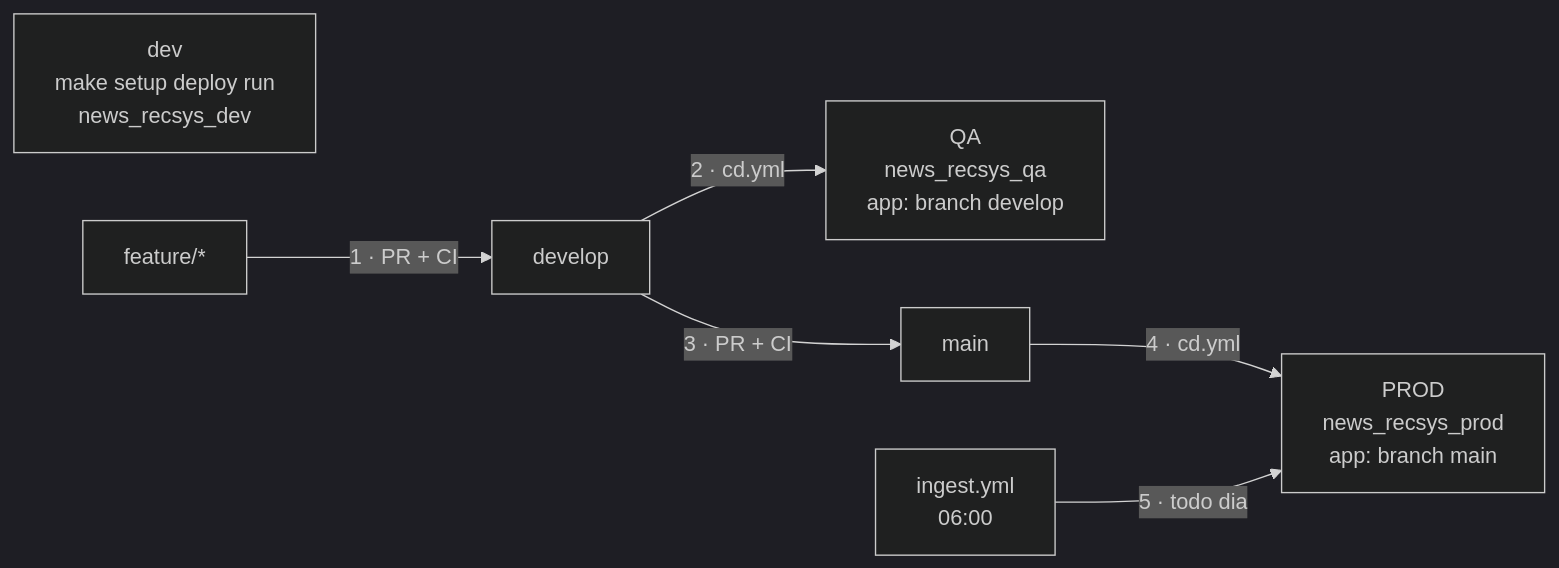
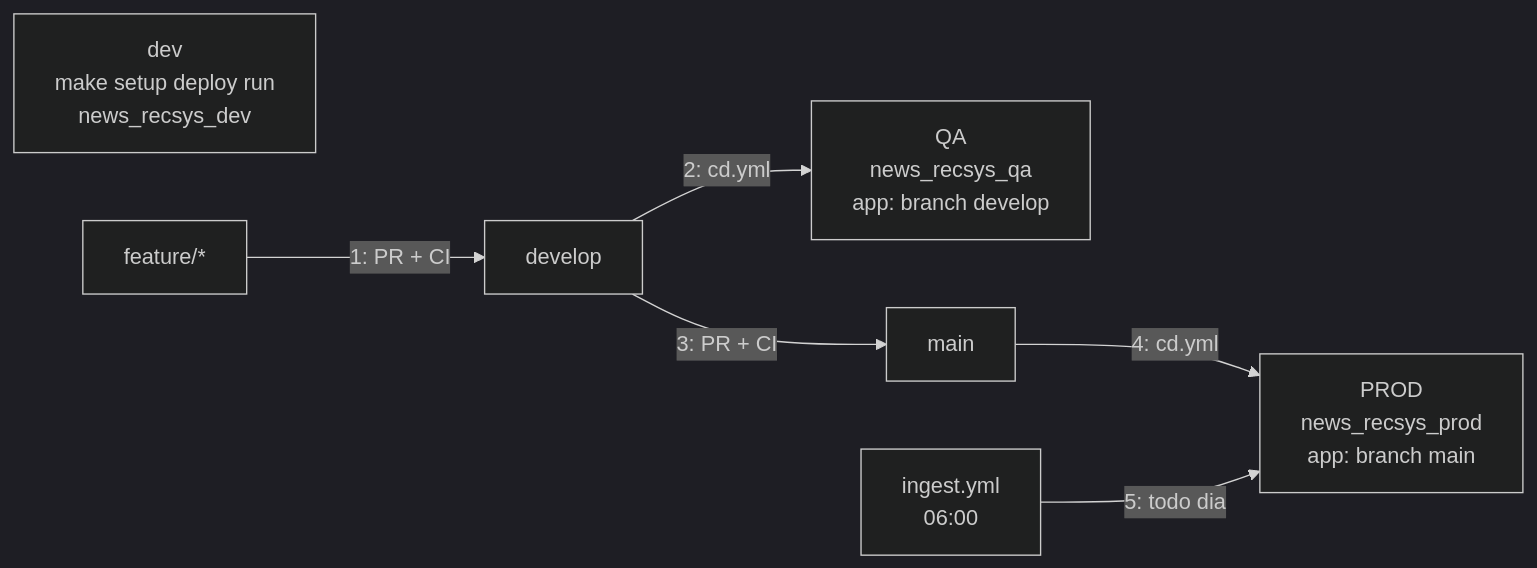
One commit to will3g/news-recsys-databricks changed the third of 4 diagrams in docs/ARQUITETURA.md. Above: the diagram before and after it, drawn with Mermaid (dark theme). The commit also changed other lines of this file and 7 other files, not shown here.

````diff
--- a/docs/ARQUITETURA.md
+++ b/docs/ARQUITETURA.md
@@ -76,9 +70,9 @@
 ```mermaid
 flowchart LR
     DEV["dev<br/>make setup deploy run<br/>news_recsys_dev"]
-    F["feature/*"] -- "1 · PR + CI" --> D["develop"]
-    D -- "2 · cd.yml" --> QA["QA<br/>news_recsys_qa<br/>app: branch develop"]
-    D -- "3 · PR + CI" --> M["main"]
-    M -- "4 · cd.yml" --> PROD["PROD<br/>news_recsys_prod<br/>app: branch main"]
-    ING["ingest.yml<br/>06:00"] -- "5 · todo dia" --> PROD
+    F["feature/*"] -- "1: PR + CI" --> D["develop"]
+    D -- "2: cd.yml" --> QA["QA<br/>news_recsys_qa<br/>app: branch develop"]
+    D -- "3: PR + CI" --> M["main"]
+    M -- "4: cd.yml" --> PROD["PROD<br/>news_recsys_prod<br/>app: branch main"]
+    ING["ingest.yml<br/>06:00"] -- "5: todo dia" --> PROD
 ```
````
